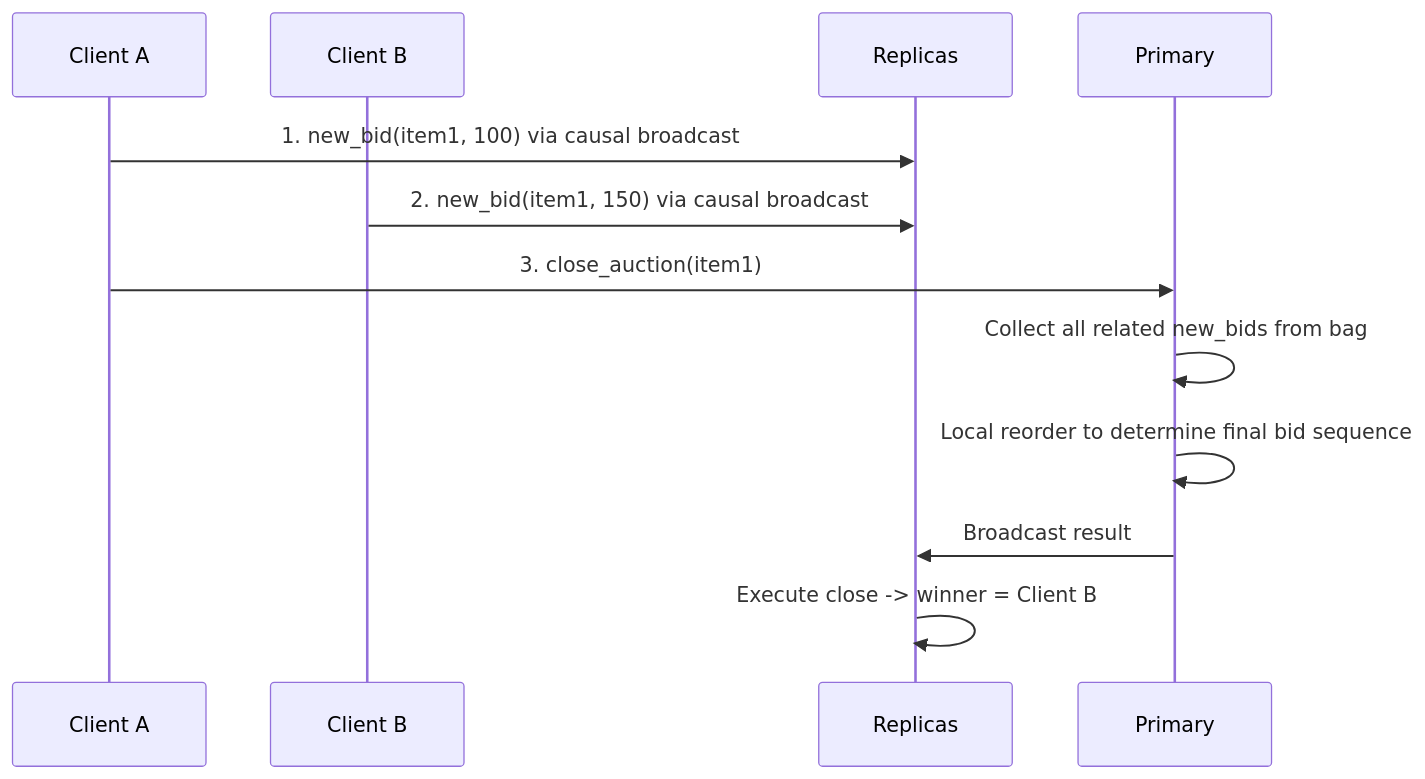
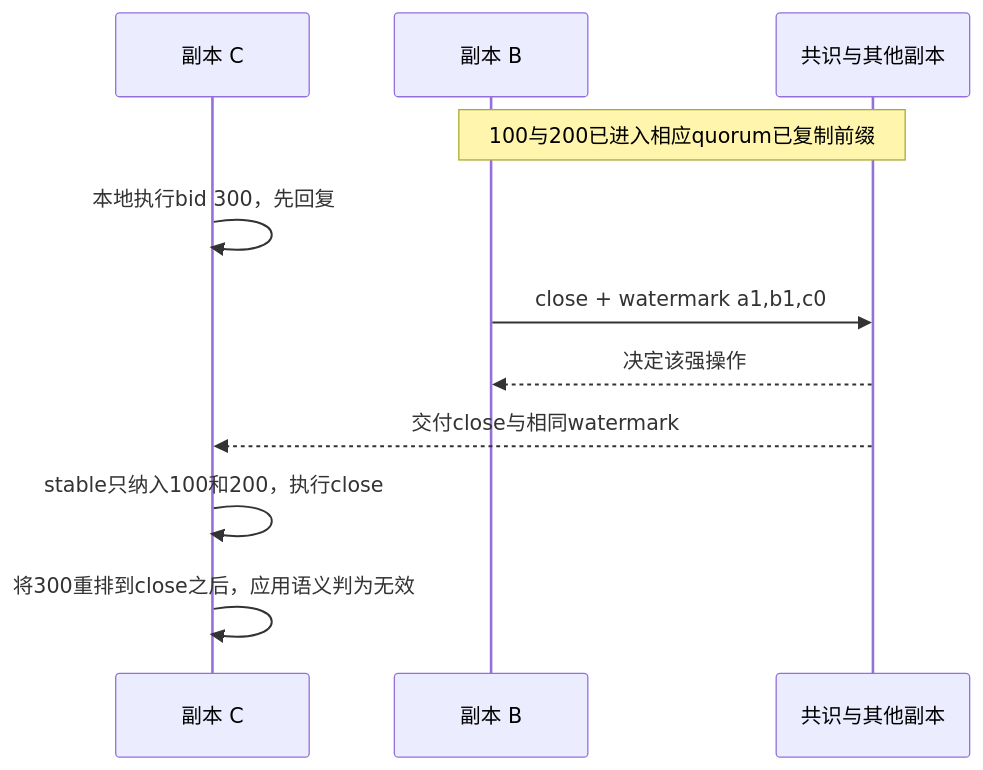
The second of 2 diagrams in 论文精读/Event-Horizon-Asymmetric-Dependencies-Geo-Distributed-Operations.md (BryantChang1992/ai_wikis), drawn with Mermaid before and after one commit. The commit also changed other lines of this file and 205 other files, not shown here.

Commit message:
Review knowledge evidence, deepen paper notes, and standardize Mermaid diagrams

````diff
--- a/论文精读/Event-Horizon-Asymmetric-Dependencies-Geo-Distributed-Operations.md
+++ b/论文精读/Event-Horizon-Asymmetric-Dependencies-Geo-Distributed-Operations.md
@@ -124,16 +84,13 @@
 ```mermaid
 sequenceDiagram
-    participant A as Client A
-    participant B as Client B
-    participant Rep as Replicas
-    participant Pri as Primary
-
-    A->>Rep: 1. new_bid(item1, 100) via causal broadcast
-    B->>Rep: 2. new_bid(item1, 150) via causal broadcast
-
-    A->>Pri: 3. close_auction(item1)
-    Pri->>Pri: Collect all related new_bids from bag
-    Pri->>Pri: Local reorder to determine final bid sequence
-    Pri->>Rep: Broadcast result
-    Rep->>Rep: Execute close -> winner = Client B
+    participant C as 副本 C
+    participant B as 副本 B
+    participant Q as 共识与其他副本
+    Note over B,Q: 100与200已进入相应quorum已复制前缀
+    C->>C: 本地执行bid 300，先回复
+    B->>Q: close + watermark a1,b1,c0
+    Q-->>B: 决定该强操作
+    Q-->>C: 交付close与相同watermark
+    C->>C: stable只纳入100和200，执行close
+    C->>C: 将300重排到close之后，应用语义判为无效
 ```
````
